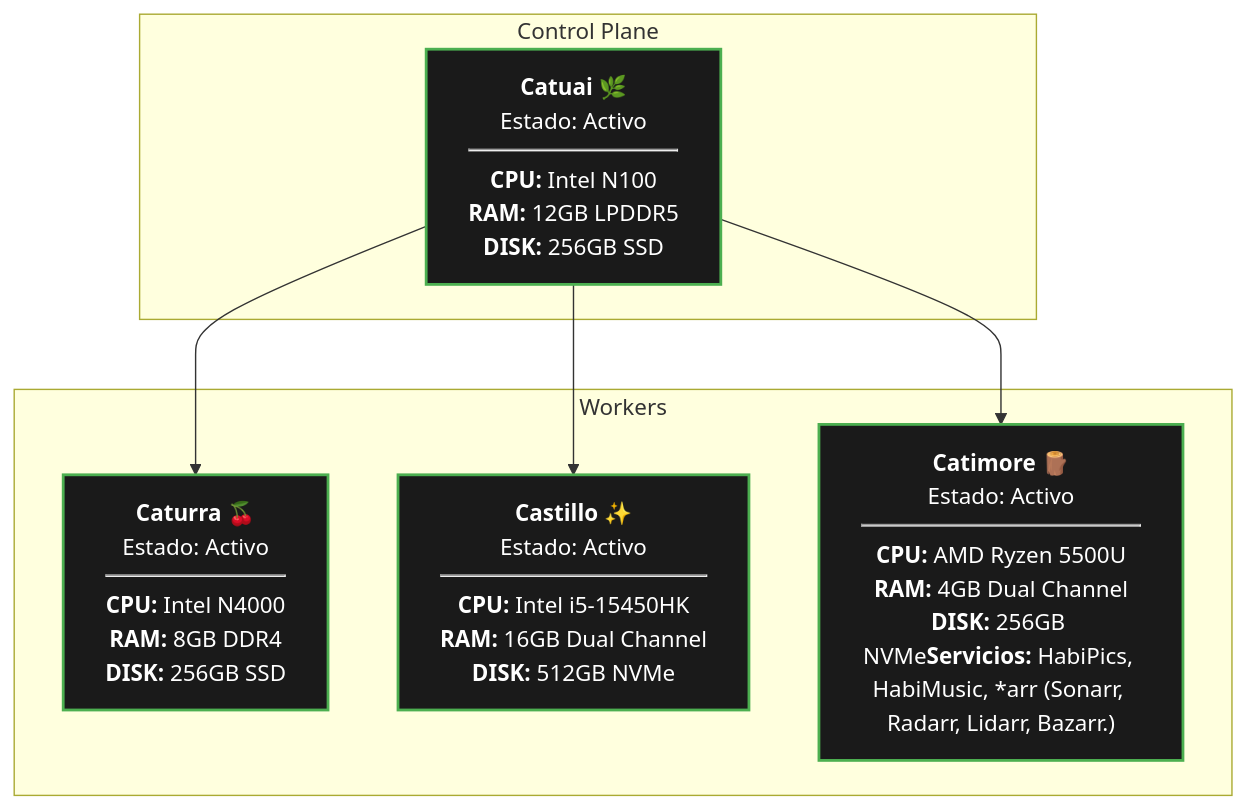
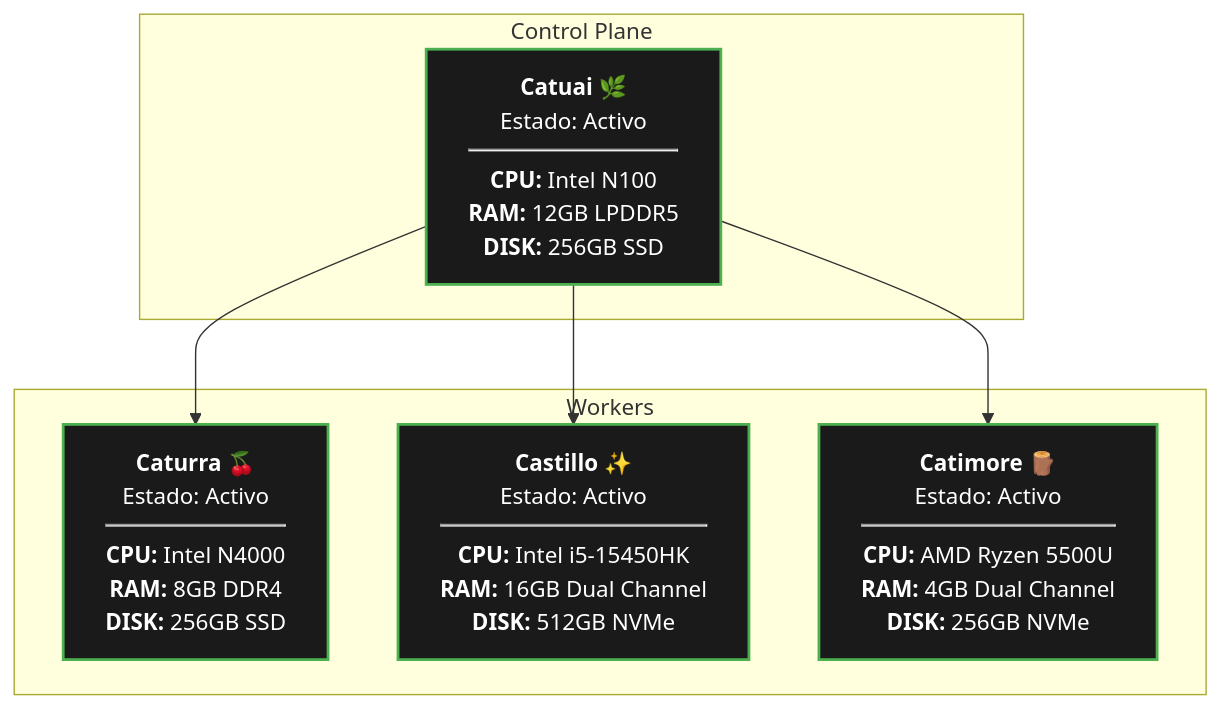
One commit to citocafecito-homelab/.github changed the diagram in profile/README.md. Above: the diagram before and after it, drawn with Mermaid. The commit also changed other lines of this file, not shown here.

````diff
--- a/profile/README.md
+++ b/profile/README.md
@@ -20,25 +20,25 @@
 ```mermaid
 graph TD
     %% Nodo Maestro
     subgraph Control_Plane ["Control Plane"]
         Catuai["<b>Catuai 🌿</b><br/>Estado: Activo<hr/><b>CPU:</b> Intel N100<br/><b>RAM:</b> 12GB LPDDR5<br/><b>DISK:</b> 256GB SSD"]
     end
 
     %% Conexiones
     Catuai --> Caturra
     Catuai --> Castillo
     Catuai --> Catimore
 
     %% Nodos Workers
     subgraph Workers ["Workers"]
         Caturra["<b>Caturra 🍒</b><br/>Estado: Activo<hr/><b>CPU:</b> Intel N4000<br/><b>RAM:</b> 8GB DDR4<br/><b>DISK:</b> 256GB SSD"]
         Castillo["<b>Castillo ✨</b><br/>Estado: Activo<hr/><b>CPU:</b> Intel i5-15450HK<br/><b>RAM:</b> 16GB Dual Channel<br/><b>DISK:</b> 512GB NVMe"]
-        Catimore["<b>Catimore 🪵</b><br/>Estado: Activo<hr/><b>CPU:</b> AMD Ryzen 5500U<br/><b>RAM:</b> 4GB Dual Channel<br/><b>DISK:</b> 256GB NVMe<b>Servicios:</b> HabiPics, HabiMusic, *arr (Sonarr, Radarr, Lidarr, Bazarr.)"]
+        Catimore["<b>Catimore 🪵</b><br/>Estado: Activo<hr/><b>CPU:</b> AMD Ryzen 5500U<br/><b>RAM:</b> 4GB Dual Channel<br/><b>DISK:</b> 256GB NVMe"]
     end
 
     %% Estilos de Estado (Todos Activos)
     style Caturra fill:#1a1a1a,stroke:#4CAF50,stroke-width:2px,color:#fff
     style Catuai fill:#1a1a1a,stroke:#4CAF50,stroke-width:2px,color:#fff
     style Castillo fill:#1a1a1a,stroke:#4CAF50,stroke-width:2px,color:#fff
     style Catimore fill:#1a1a1a,stroke:#4CAF50,stroke-width:2px,color:#fff
 ```
````
